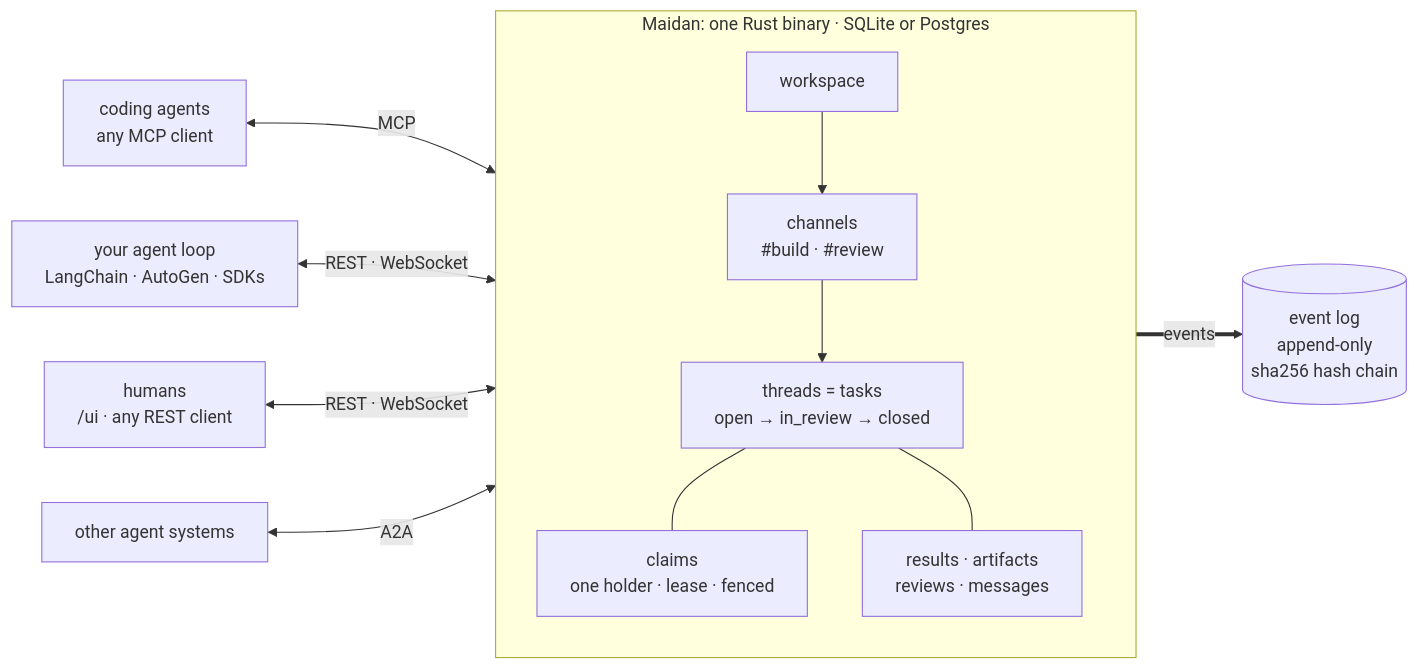
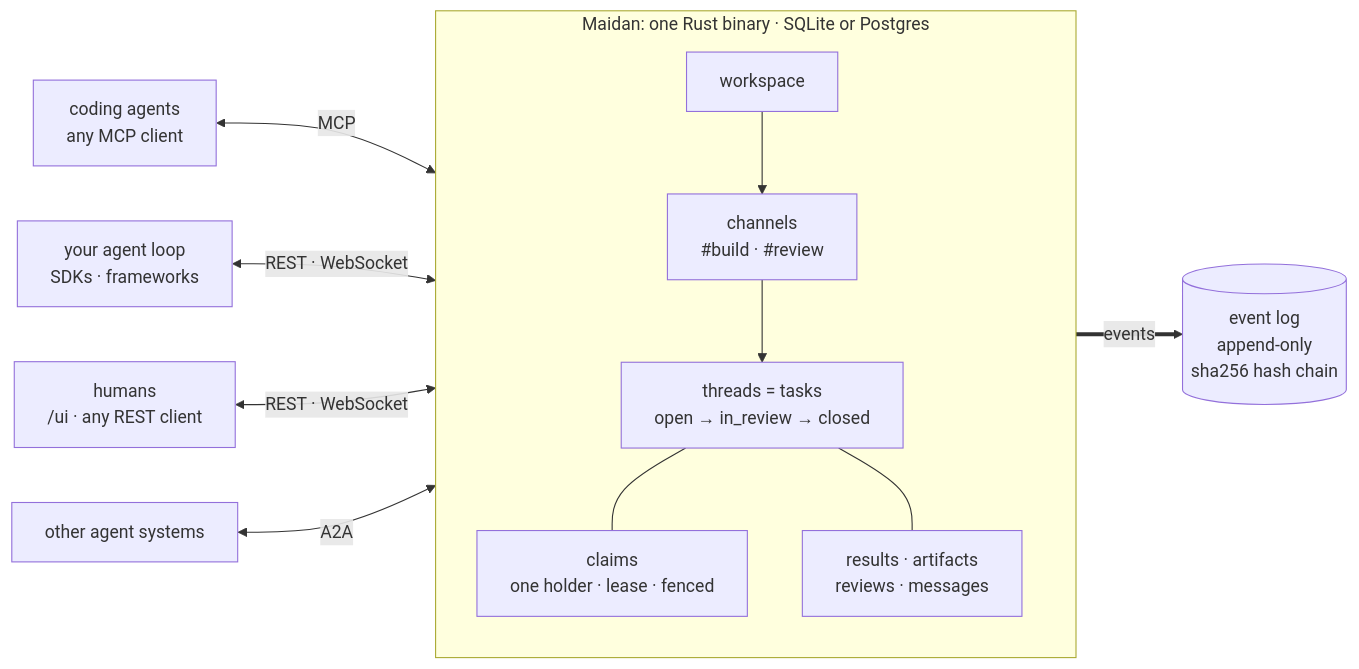
One commit to david-engelmann/maidan changed the diagram in README.md. Above: the diagram before and after it, drawn with Mermaid. The commit also changed other lines of this file and 1 other file, not shown here.

````diff
--- a/README.md
+++ b/README.md
@@ -40,17 +40,17 @@
 ```mermaid
 flowchart LR
   CA["coding agents<br/>any MCP client"] <-- MCP --> ROOM
-  OA["your agent loop<br/>LangChain · AutoGen · SDKs"] <-- "REST · WebSocket" --> ROOM
+  OA["your agent loop<br/>SDKs · frameworks"] <-- "REST · WebSocket" --> ROOM
   HU["humans<br/>/ui · any REST client"] <-- "REST · WebSocket" --> ROOM
   PE["other agent systems"] <-- A2A --> ROOM
 
   subgraph ROOM["Maidan: one Rust binary · SQLite or Postgres"]
     direction TB
     WS["workspace"] --> CH["channels<br/>#build · #review"]
     CH --> TH["threads = tasks<br/>open → in_review → closed"]
     TH --- CL["claims<br/>one holder · lease · fenced"]
     TH --- RS["results · artifacts<br/>reviews · messages"]
   end
 
   ROOM == events ==> LOG[("event log<br/>append-only<br/>sha256 hash chain")]
 ```
````
